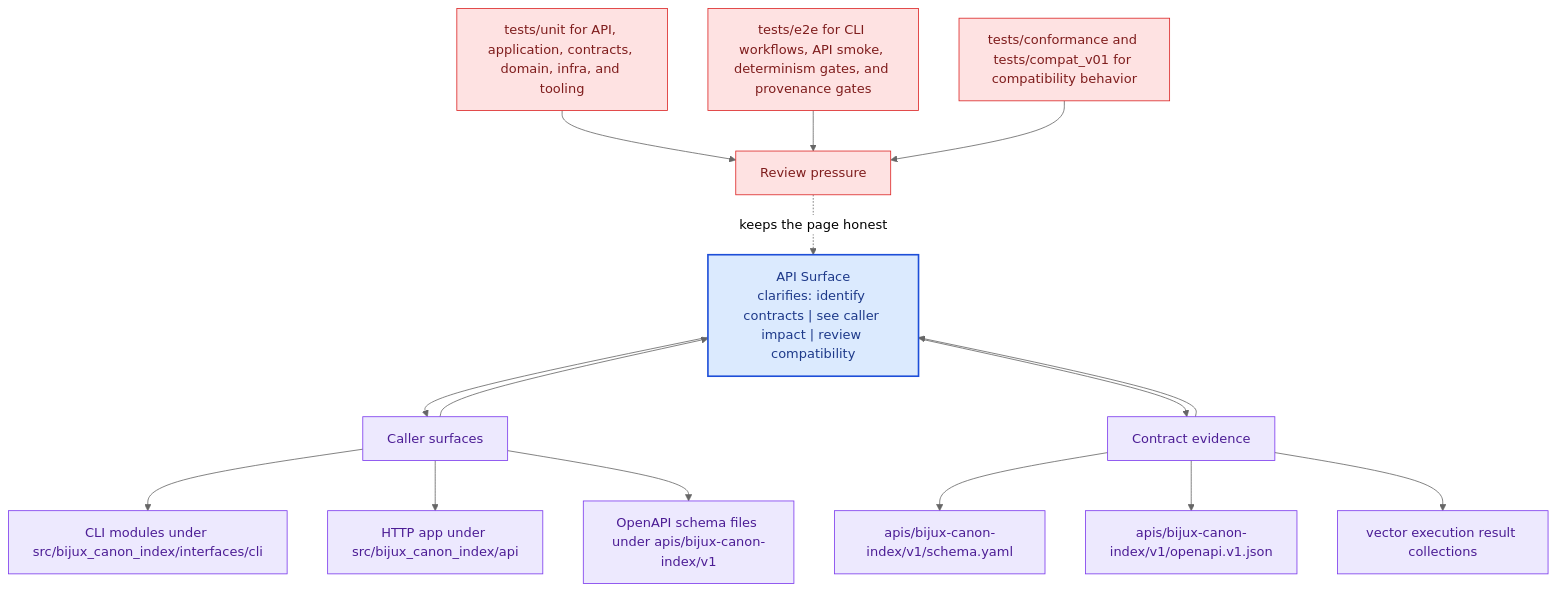
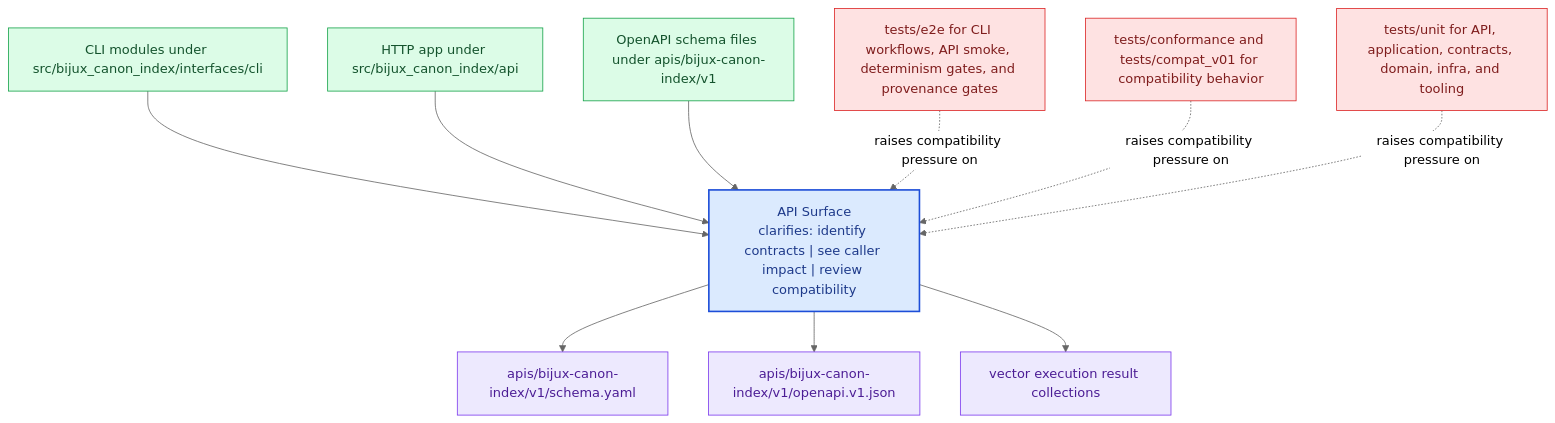
The diagram in docs/bijux-canon-index/interfaces/api-surface.md (bijux/bijux-canon), drawn with Mermaid (neutral theme) before and after one commit. The commit also changed other lines of this file and 281 other files, not shown here.

Commit message:
docs(diagrams): replace repeated mermaid scaffolds with page-specific summaries

````diff
--- a/docs/bijux-canon-index/interfaces/api-surface.md
+++ b/docs/bijux-canon-index/interfaces/api-surface.md
@@ -68,41 +23,31 @@
 ```mermaid
 flowchart TB
-    promise["API Surface<br/>clarifies: identify contracts | see caller impact | review compatibility"]
-    classDef promise fill:#dbeafe,stroke:#1d4ed8,color:#1e3a8a,stroke-width:2px;
-    classDef driver fill:#dcfce7,stroke:#16a34a,color:#14532d;
-    classDef constraint fill:#fee2e2,stroke:#dc2626,color:#7f1d1d;
-    classDef ground fill:#ede9fe,stroke:#7c3aed,color:#4c1d95;
-    focus1["Caller surfaces"]
-    focus1 --> promise
-    promise --> focus1
-    focus1_1["CLI modules under src/bijux_canon_index/interfaces/cli"]
-    focus1 --> focus1_1
-    focus1_2["HTTP app under src/bijux_canon_index/api"]
-    focus1 --> focus1_2
-    focus1_3["OpenAPI schema files under apis/bijux-canon-index/v1"]
-    focus1 --> focus1_3
-    class focus1 ground;
-    class focus1_1,focus1_2,focus1_3 ground;
-    focus2["Contract evidence"]
-    focus2 --> promise
-    promise --> focus2
-    focus2_1["apis/bijux-canon-index/v1/schema.yaml"]
-    focus2 --> focus2_1
-    focus2_2["apis/bijux-canon-index/v1/openapi.v1.json"]
-    focus2 --> focus2_2
-    focus2_3["vector execution result collections"]
-    focus2 --> focus2_3
-    class focus2 ground;
-    class focus2_1,focus2_2,focus2_3 ground;
-    focus3["Review pressure"]
-    focus3 -.keeps the page honest.-> promise
-    focus3_1["tests/unit for API, application, contracts, domain, infra, and tooling"]
-    focus3_1 --> focus3
-    focus3_2["tests/e2e for CLI workflows, API smoke, determinism gates, and provenance gates"]
-    focus3_2 --> focus3
-    focus3_3["tests/conformance and tests/compat_v01 for compatibility behavior"]
-    focus3_3 --> focus3
-    class focus3 constraint;
-    class focus3_1,focus3_2,focus3_3 constraint;
-    class promise promise;
+    page["API Surface<br/>clarifies: identify contracts | see caller impact | review compatibility"]
+    classDef page fill:#dbeafe,stroke:#1d4ed8,color:#1e3a8a,stroke-width:2px;
+    classDef positive fill:#dcfce7,stroke:#16a34a,color:#14532d;
+    classDef caution fill:#fee2e2,stroke:#dc2626,color:#7f1d1d;
+    classDef anchor fill:#ede9fe,stroke:#7c3aed,color:#4c1d95;
+    classDef action fill:#fef3c7,stroke:#d97706,color:#7c2d12;
+    surface1["CLI modules under src/bijux_canon_index/interfaces/cli"]
+    surface1 --> page
+    surface2["HTTP app under src/bijux_canon_index/api"]
+    surface2 --> page
+    surface3["OpenAPI schema files under apis/bijux-canon-index/v1"]
+    surface3 --> page
+    proof1["apis/bijux-canon-index/v1/schema.yaml"]
+    page --> proof1
+    proof2["apis/bijux-canon-index/v1/openapi.v1.json"]
+    page --> proof2
+    proof3["vector execution result collections"]
+    page --> proof3
+    review1["tests/e2e for CLI workflows, API smoke, determinism gates, and provenance gates"]
+    review1 -.raises compatibility pressure on.-> page
+    review2["tests/conformance and tests/compat_v01 for compatibility behavior"]
+    review2 -.raises compatibility pressure on.-> page
+    review3["tests/unit for API, application, contracts, domain, infra, and tooling"]
+    review3 -.raises compatibility pressure on.-> page
+    class page page;
+    class surface1,surface2,surface3 positive;
+    class proof1,proof2,proof3 anchor;
+    class review1,review2,review3 caution;
 ```
````
